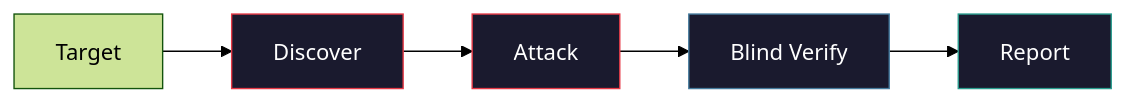
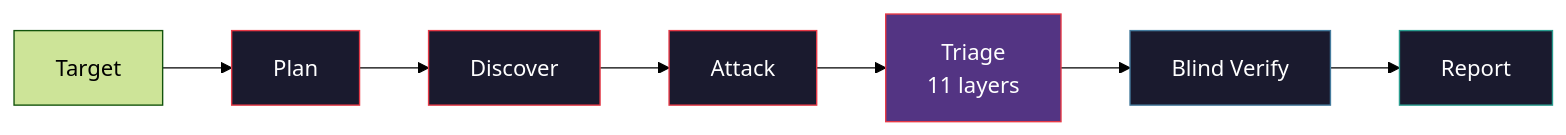
Before and after one commit to Darkroom4364/pwnkit: the diagram in README.md, drawn with Mermaid (forest theme). The commit also changed other lines of this file and 6 other files, not shown here.

````diff
--- a/README.md
+++ b/README.md
@@ -149,12 +73,16 @@
 ```mermaid
 flowchart LR
-    T[Target] --> D[Discover]
+    T[Target] --> P[Plan]
+    P --> D[Discover]
     D --> A[Attack]
-    A --> V[Blind Verify]
+    A --> TR[Triage<br/>11 layers]
+    TR --> V[Blind Verify]
     V --> R[Report]
 
+    style P fill:#1a1a2e,stroke:#e63946,color:#fff
     style D fill:#1a1a2e,stroke:#e63946,color:#fff
     style A fill:#1a1a2e,stroke:#e63946,color:#fff
+    style TR fill:#533483,stroke:#e63946,color:#fff
     style V fill:#1a1a2e,stroke:#457b9d,color:#fff
     style R fill:#1a1a2e,stroke:#2a9d8f,color:#fff
 ```
````
